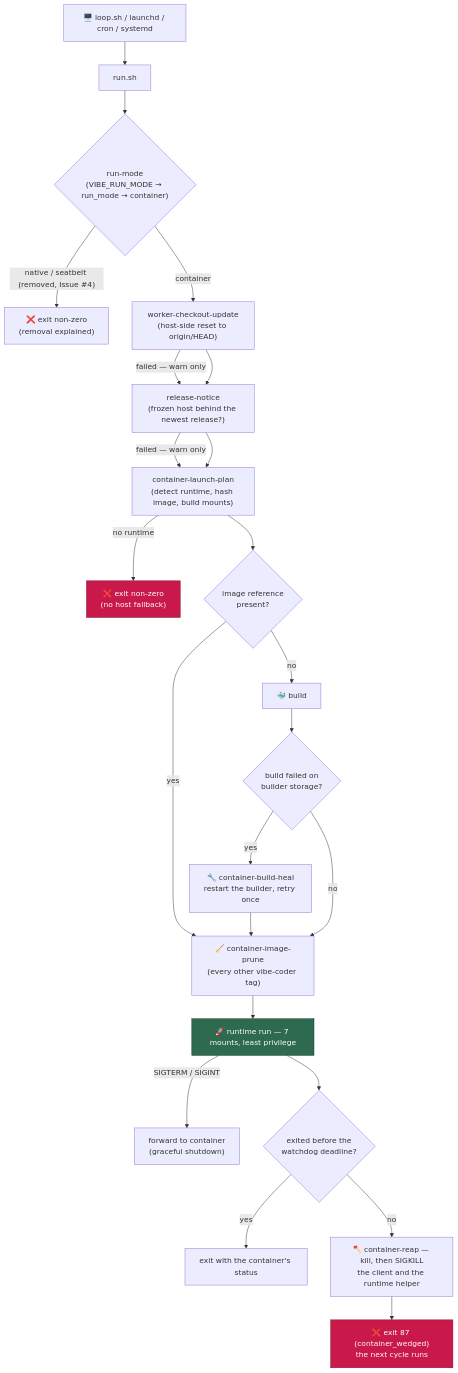
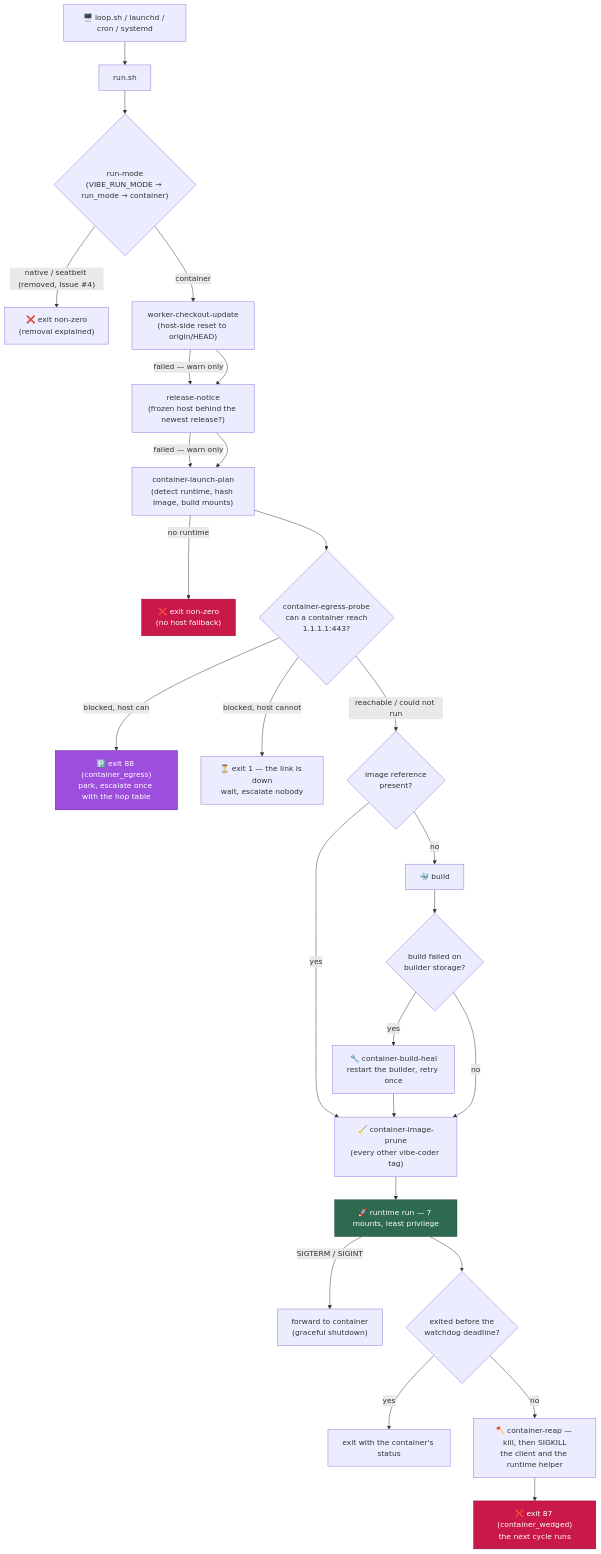
One commit to stSoftwareAU/VibeCoder changed diagram 12 of 17 in docs/CONTAINER.md. Above: the diagram before and after it, drawn with Mermaid. The commit also changed other lines of this file and 15 other files, not shown here.

First line of the commit message:
feat: probe container egress before the build and park a cut-off host (Issue #997)

````diff
--- a/docs/CONTAINER.md
+++ b/docs/CONTAINER.md
@@ -917,28 +987,32 @@
 ```mermaid
 flowchart TD
     S["🖥️ loop.sh / launchd / cron / systemd"] --> R["run.sh"]
     R --> M{"run-mode<br/>(VIBE_RUN_MODE → run_mode → container)"}
     M -->|"native / seatbelt (removed, Issue #4)"| NV["❌ exit non-zero<br/>(removal explained)"]
     M -->|container| U["worker-checkout-update<br/>(host-side reset to origin/HEAD)"]
     U -->|"failed — warn only"| N
     U --> N["release-notice<br/>(frozen host behind the newest release?)"]
     N -->|"failed — warn only"| P
     N --> P["container-launch-plan<br/>(detect runtime, hash image, build mounts)"]
     P -->|no runtime| X["❌ exit non-zero<br/>(no host fallback)"]
-    P --> E{"image reference<br/>present?"}
+    P --> EG{"container-egress-probe<br/>can a container reach<br/>1.1.1.1:443?"}
+    EG -->|"blocked, host can"| PK["🅿️ exit 88 (container_egress)<br/>park, escalate once with the hop table"]
+    EG -->|"blocked, host cannot"| ND["⏳ exit 1 — the link is down<br/>wait, escalate nobody"]
+    EG -->|"reachable / could not run"| E{"image reference<br/>present?"}
     E -->|no| B["🐳 build"]
     E -->|yes| PR
     B --> BF{"build failed on<br/>builder storage?"}
     BF -->|yes| BH["🔧 container-build-heal<br/>restart the builder, retry once"]
     BH --> PR
     BF -->|no| PR["🧹 container-image-prune<br/>(every other vibe-coder tag)"]
     PR --> L["🚀 runtime run — 7 mounts, least privilege"]
     L -->|SIGTERM / SIGINT| T["forward to container<br/>(graceful shutdown)"]
     L --> W{"exited before the<br/>watchdog deadline?"}
     W -->|yes| Z["exit with the container's status"]
     W -->|no| K["🪓 container-reap — kill, then SIGKILL<br/>the client and the runtime helper"]
     K --> KX["❌ exit 87 (container_wedged)<br/>the next cycle runs"]
     style X fill:#c9184a,stroke:#800f2f,color:#fff
     style KX fill:#c9184a,stroke:#800f2f,color:#fff
+    style PK fill:#9d4edd,stroke:#5a189a,color:#fff
     style L fill:#2d6a4f,stroke:#1b4332,color:#fff
 ```
````
